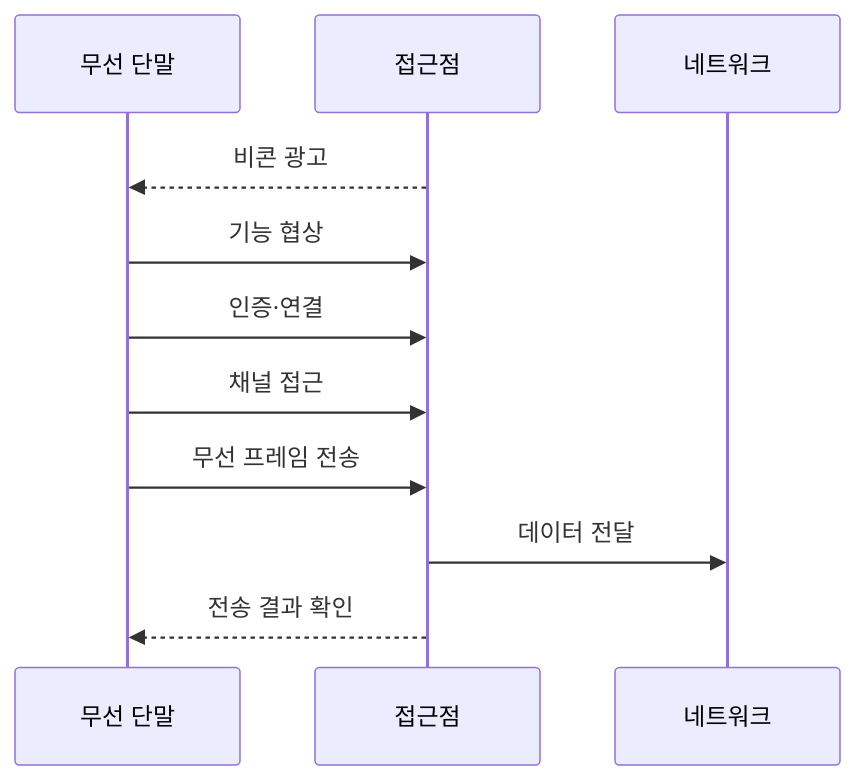
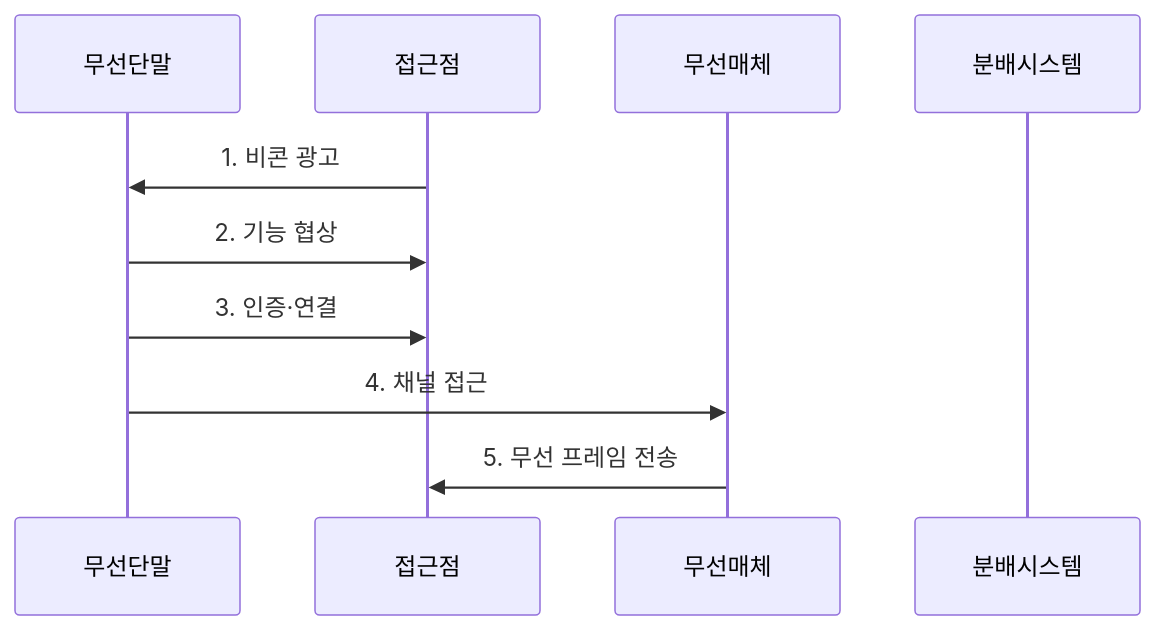
The second of 2 diagrams in src/content/docs/notes/04-network/032_wi_fi_standards.md (agnusdei1207/knowledge-base), drawn with Mermaid before and after one commit. The commit also changed other lines of this file and 20 other files, not shown here.

````diff
--- a/src/content/docs/notes/04-network/032_wi_fi_standards.md
+++ b/src/content/docs/notes/04-network/032_wi_fi_standards.md
@@ -79,13 +76,12 @@
 ```mermaid
 sequenceDiagram
-  participant S as 무선 단말
-  participant A as 접근점
-  participant N as 네트워크
-  A-->>S: 비콘 광고
-  S->>A: 기능 협상
-  S->>A: 인증·연결
-  S->>A: 채널 접근
-  S->>A: 무선 프레임 전송
-  A->>N: 데이터 전달
-  A-->>S: 전송 결과 확인
+    participant 무선단말
+    participant 접근점
+    participant 무선매체
+    participant 분배시스템
+    접근점->>무선단말: 1. 비콘 광고
+    무선단말->>접근점: 2. 기능 협상
+    무선단말->>접근점: 3. 인증·연결
+    무선단말->>무선매체: 4. 채널 접근
+    무선매체->>접근점: 5. 무선 프레임 전송
 ```
````
